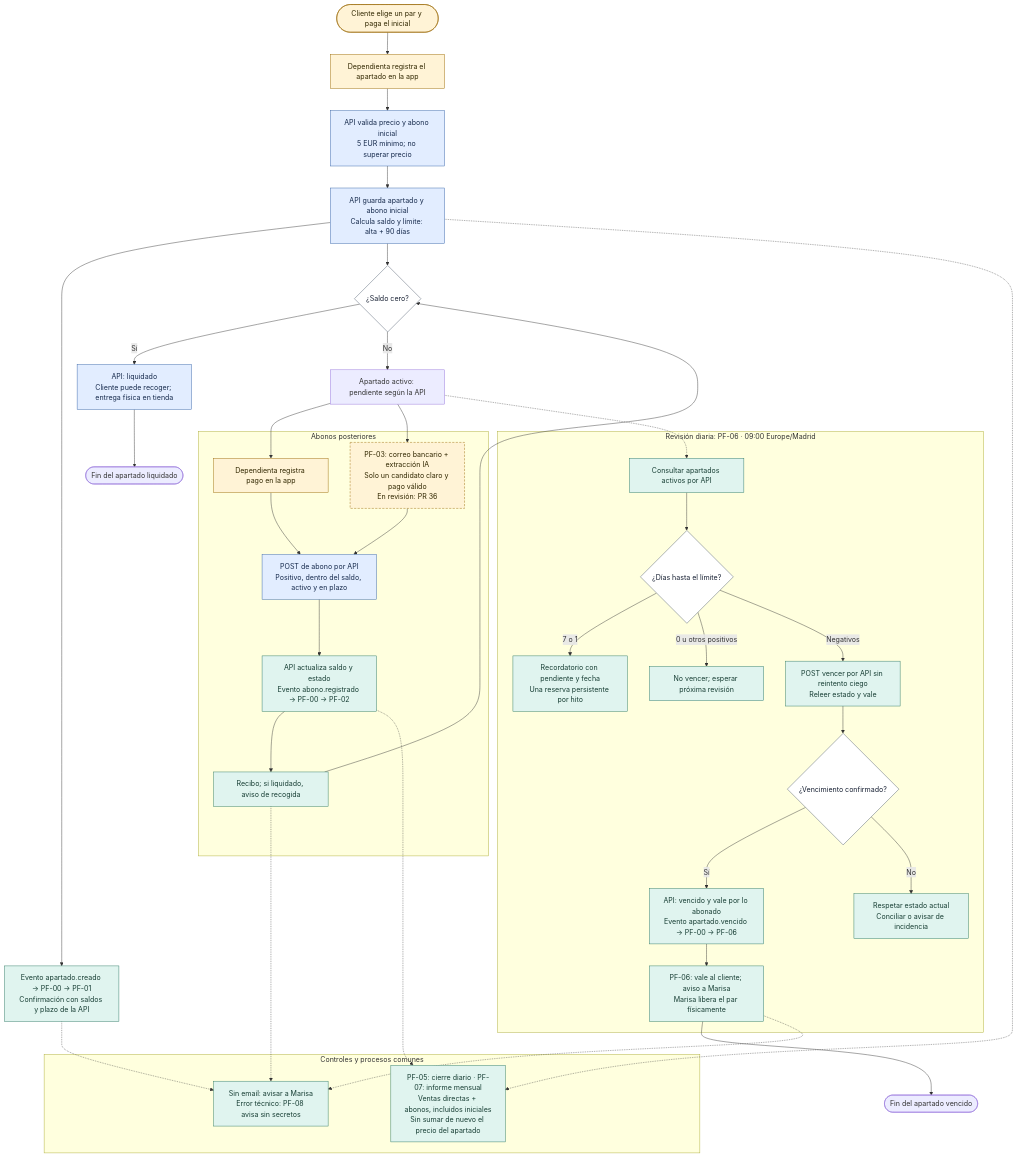
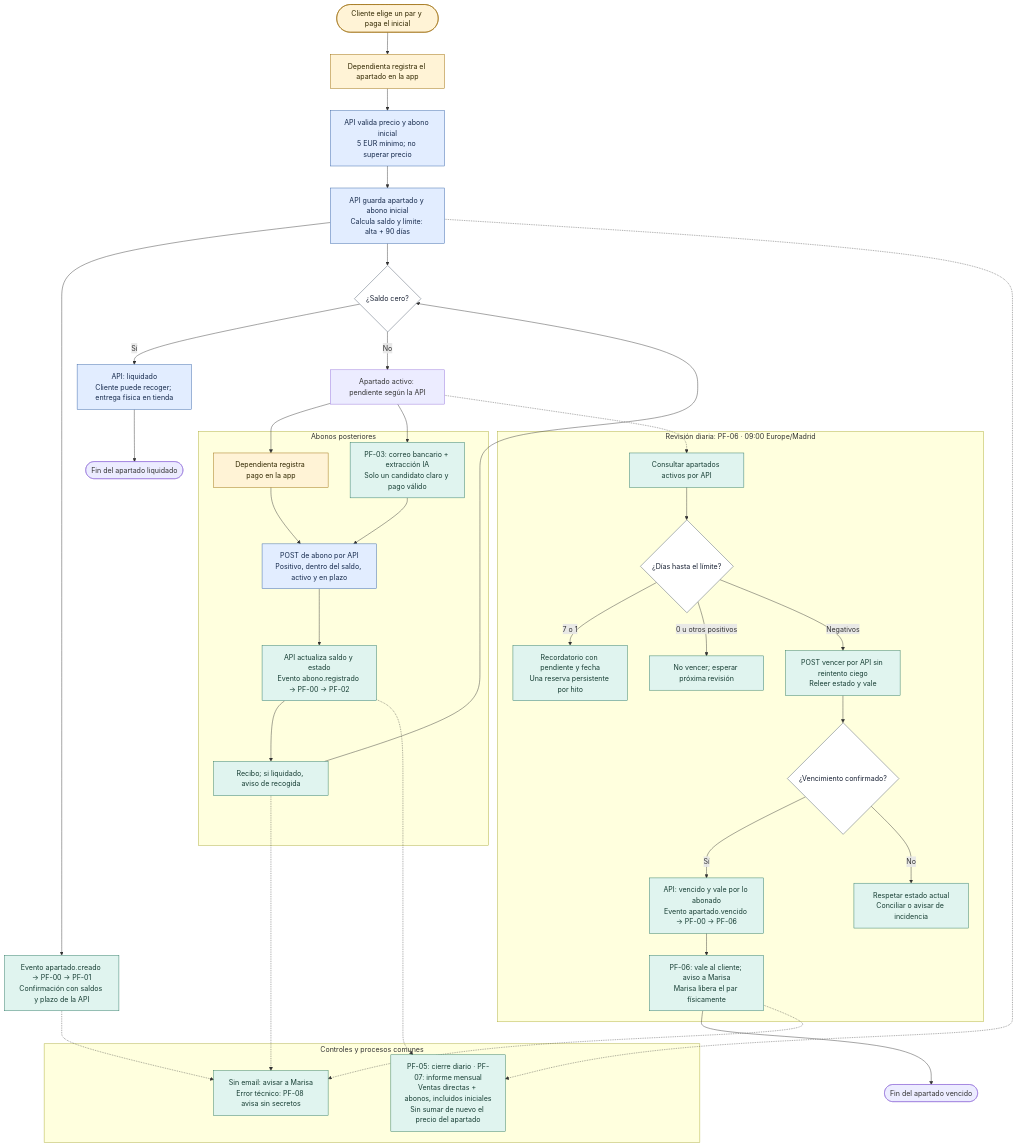
The diagram in docs/diagramas/apartado-automatizado.mmd (IA-P1-BCN/LUSOGIRLS-N8N), drawn with Mermaid before and after one commit. The commit also changed 7 other files, not shown here.

```diff
--- a/docs/diagramas/apartado-automatizado.mmd
+++ b/docs/diagramas/apartado-automatizado.mmd
@@ -1,55 +1,53 @@
 flowchart TB
   A([Cliente elige un par y paga el inicial]) --> B[Dependienta registra el apartado en la app]
   B --> C[API valida precio y abono inicial<br/>5 EUR mínimo; no superar precio]
   C --> D[API guarda apartado y abono inicial<br/>Calcula saldo y límite: alta + 90 días]
   D --> E[Evento apartado.creado → PF-00 → PF-01<br/>Confirmación con saldos y plazo de la API]
   D --> F{¿Saldo cero?}
   F -->|Sí| Z[API: liquidado<br/>Cliente puede recoger; entrega física en tienda]
   F -->|No| G[Apartado activo: pendiente según la API]
 
   subgraph Pagos[Abonos posteriores]
     H[Dependienta registra pago en la app]
-    I[PF-03: correo bancario + extracción IA<br/>Solo un candidato claro y pago válido<br/>En revisión: PR 36]
+    I[PF-03: correo bancario + extracción IA<br/>Solo un candidato claro y pago válido]
     H --> J[POST de abono por API<br/>Positivo, dentro del saldo, activo y en plazo]
     I --> J
     J --> K[API actualiza saldo y estado<br/>Evento abono.registrado → PF-00 → PF-02]
     K --> L[Recibo; si liquidado, aviso de recogida]
   end
   G --> H
   G --> I
   L --> F
 
   subgraph Plazos[Revisión diaria: PF-06 · 09:00 Europe/Madrid]
     M[Consultar apartados activos por API] --> N{¿Días hasta el límite?}
     N -->|7 o 1| O[Recordatorio con pendiente y fecha<br/>Una reserva persistente por hito]
     N -->|0 u otros positivos| P[No vencer; esperar próxima revisión]
     N -->|Negativos| Q[POST vencer por API sin reintento ciego<br/>Releer estado y vale]
     Q --> R{¿Vencimiento confirmado?}
     R -->|Sí| S[API: vencido y vale por lo abonado<br/>Evento apartado.vencido → PF-00 → PF-06]
     R -->|No| T[Respetar estado actual<br/>Conciliar o avisar de incidencia]
     S --> U[PF-06: vale al cliente; aviso a Marisa<br/>Marisa libera el par físicamente]
   end
   G -.-> M
   U --> V([Fin del apartado vencido])
   Z --> W([Fin del apartado liquidado])
 
   subgraph Soporte[Controles y procesos comunes]
     X[Sin email: avisar a Marisa<br/>Error técnico: PF-08 avisa sin secretos]
     Y[PF-05: cierre diario · PF-07: informe mensual<br/>Ventas directas + abonos, incluidos iniciales<br/>Sin sumar de nuevo el precio del apartado]
   end
   E -.-> X
   L -.-> X
   U -.-> X
   D -.-> Y
   K -.-> Y
 
   classDef humano fill:#fff3d6,stroke:#986600,color:#312700;
   classDef app fill:#e2edff,stroke:#315fa5,color:#172b4d;
   classDef n8n fill:#e0f4ef,stroke:#26745f,color:#173e34;
-  classDef revision fill:#fff3d6,stroke:#986600,color:#312700,stroke-dasharray:5 3;
   classDef decision fill:#fff,stroke:#475569,color:#172033;
   class A,B,H humano;
   class C,D,J,Z app;
-  class E,K,L,M,O,P,Q,S,T,U,X,Y n8n;
-  class I revision;
+  class E,I,K,L,M,O,P,Q,S,T,U,X,Y n8n;
   class F,N,R decision;
```
